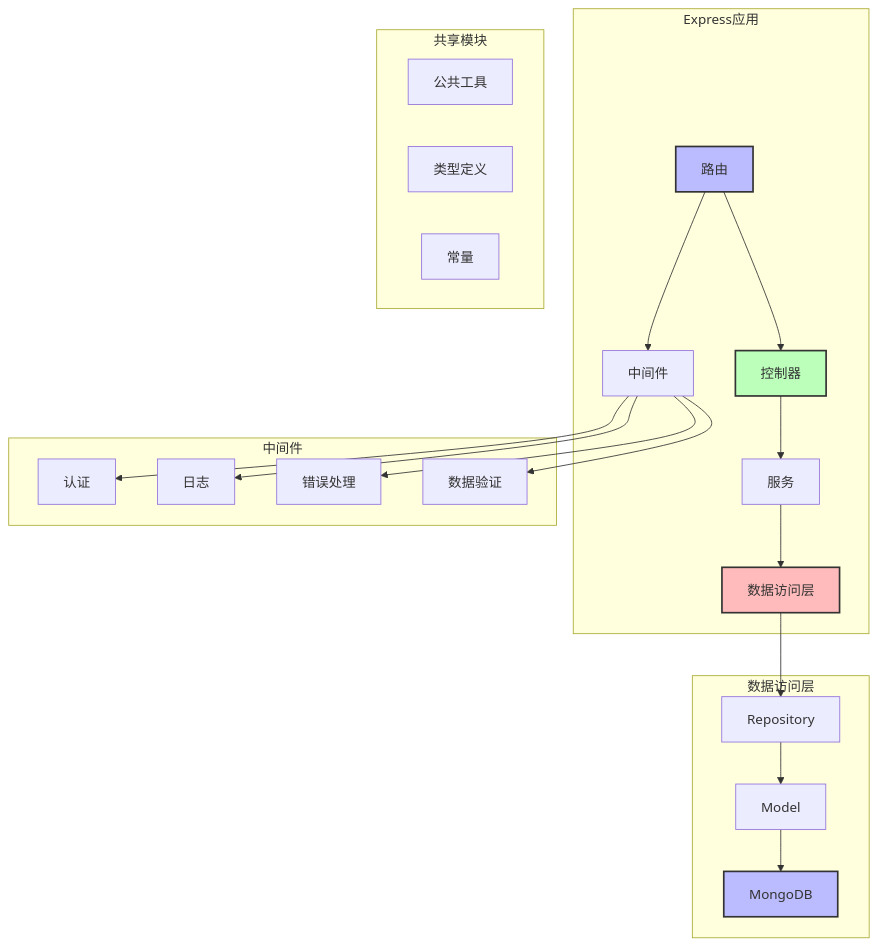
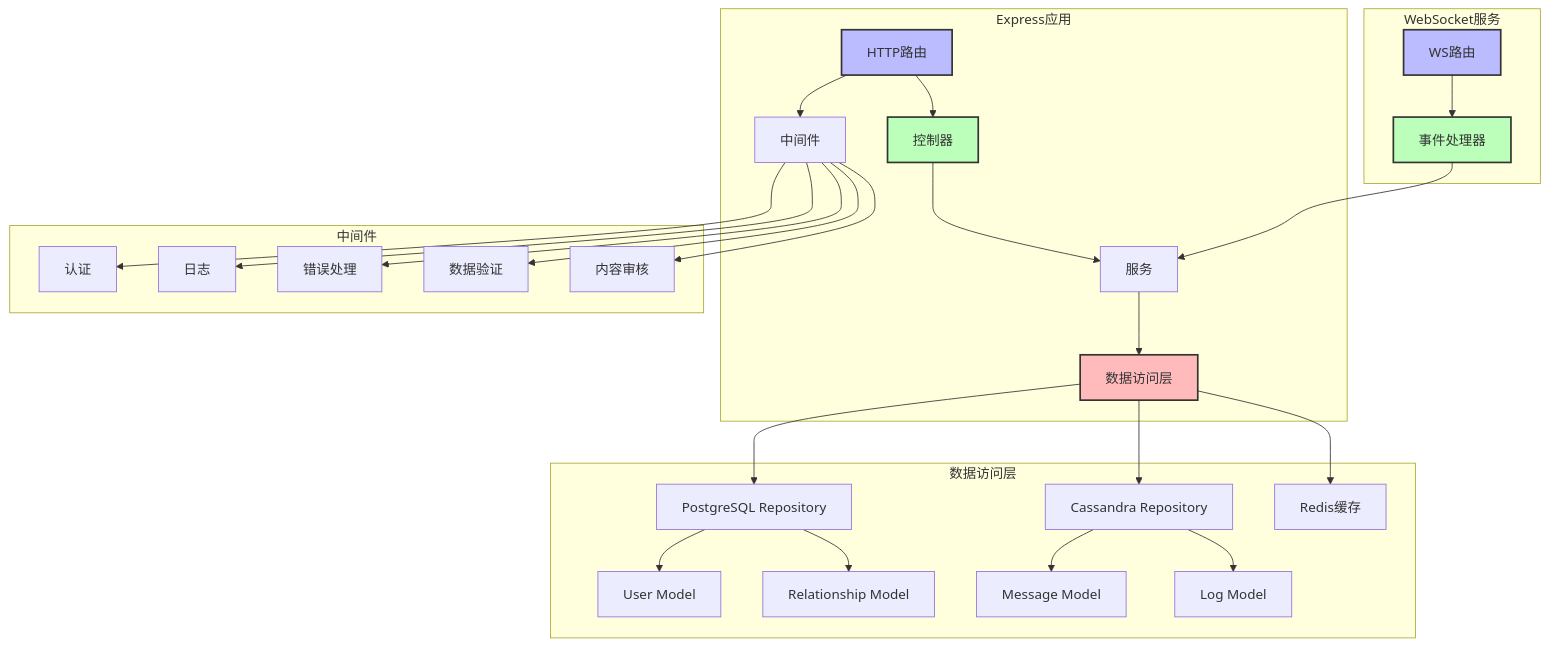
The sixth of 8 diagrams in docs/architecture/system-architecture.md (felixzhu97/social-media-project), drawn with Mermaid before and after one commit. The commit also changed other lines of this file and 8 other files, not shown here.

````diff
--- a/docs/architecture/system-architecture.md
+++ b/docs/architecture/system-architecture.md
@@ -82,33 +122,38 @@
 ```mermaid
 graph TD
     subgraph "Express应用"
-        A[路由] --> B[中间件]
+        A[HTTP路由] --> B[中间件]
         A --> C[控制器]
         C --> D[服务]
         D --> E[数据访问层]
     end
 
+    subgraph "WebSocket服务"
+        F[WS路由] --> G[事件处理器]
+        G --> D
+    end
+
     subgraph "中间件"
-        B --> F[认证]
-        B --> G[日志]
-        B --> H[错误处理]
-        B --> I[数据验证]
+        B --> H[认证]
+        B --> I[日志]
+        B --> J[错误处理]
+        B --> K[数据验证]
+        B --> L[内容审核]
     end
 
     subgraph "数据访问层"
-        E --> J[Repository]
-        J --> K[Model]
-        K --> L[MongoDB]
-    end
-
-    subgraph "共享模块"
-        M[公共工具]
-        N[类型定义]
-        O[常量]
+        E --> M[PostgreSQL Repository]
+        E --> N[Cassandra Repository]
+        M --> O[User Model]
+        M --> P[Relationship Model]
+        N --> Q[Message Model]
+        N --> R[Log Model]
+        E --> S[Redis缓存]
     end
 
     style A fill:#bbf,stroke:#333,stroke-width:2px
+    style F fill:#bbf,stroke:#333,stroke-width:2px
     style C fill:#bfb,stroke:#333,stroke-width:2px
+    style G fill:#bfb,stroke:#333,stroke-width:2px
     style E fill:#fbb,stroke:#333,stroke-width:2px
-    style L fill:#bbf,stroke:#333,stroke-width:2px
 ```
````
